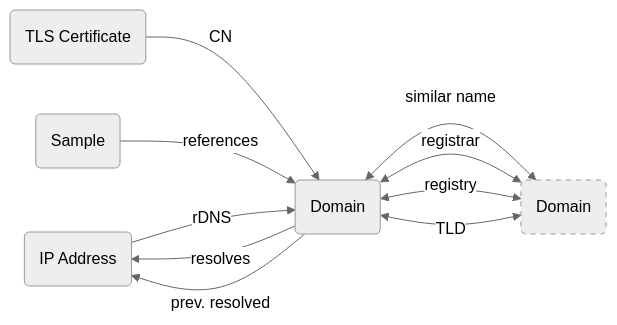
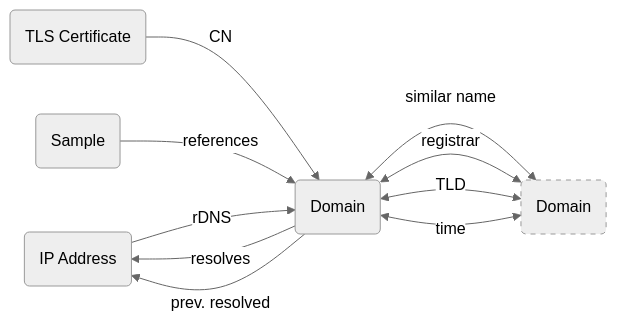
Before and after one commit to korniko98/pivot-atlas: the diagram in docs/artifacts/domain.md, drawn with Mermaid (neutral theme). The commit also changed other lines of this file and 4 other files, not shown here.

````diff
--- a/docs/artifacts/domain.md
+++ b/docs/artifacts/domain.md
@@ -31,22 +29,22 @@
 	```mermaid
 	flowchart LR
 		classDef secondary stroke-dasharray: 5 5
 		
 		%% define nodes
 		IP_ADDRESS(IP Address)
 		DOMAIN(Domain)
 		DOMAIN_(Domain):::secondary
 		TLS_CERT(TLS Certificate)
 		SAMPLE(Sample)
 		
 		%% define edges
 		DOMAIN -- resolves --> IP_ADDRESS
 		IP_ADDRESS -- rDNS --> DOMAIN
 		DOMAIN -- prev. resolved --> IP_ADDRESS
 		TLS_CERT -- CN --> DOMAIN
 		DOMAIN <-- similar name --> DOMAIN_
 		DOMAIN <-- registrar --> DOMAIN_
-		DOMAIN <-- registry --> DOMAIN_
 		DOMAIN <-- TLD --> DOMAIN_
+		DOMAIN <-- time --> DOMAIN_
 		SAMPLE -- references --> DOMAIN
 	```
````
